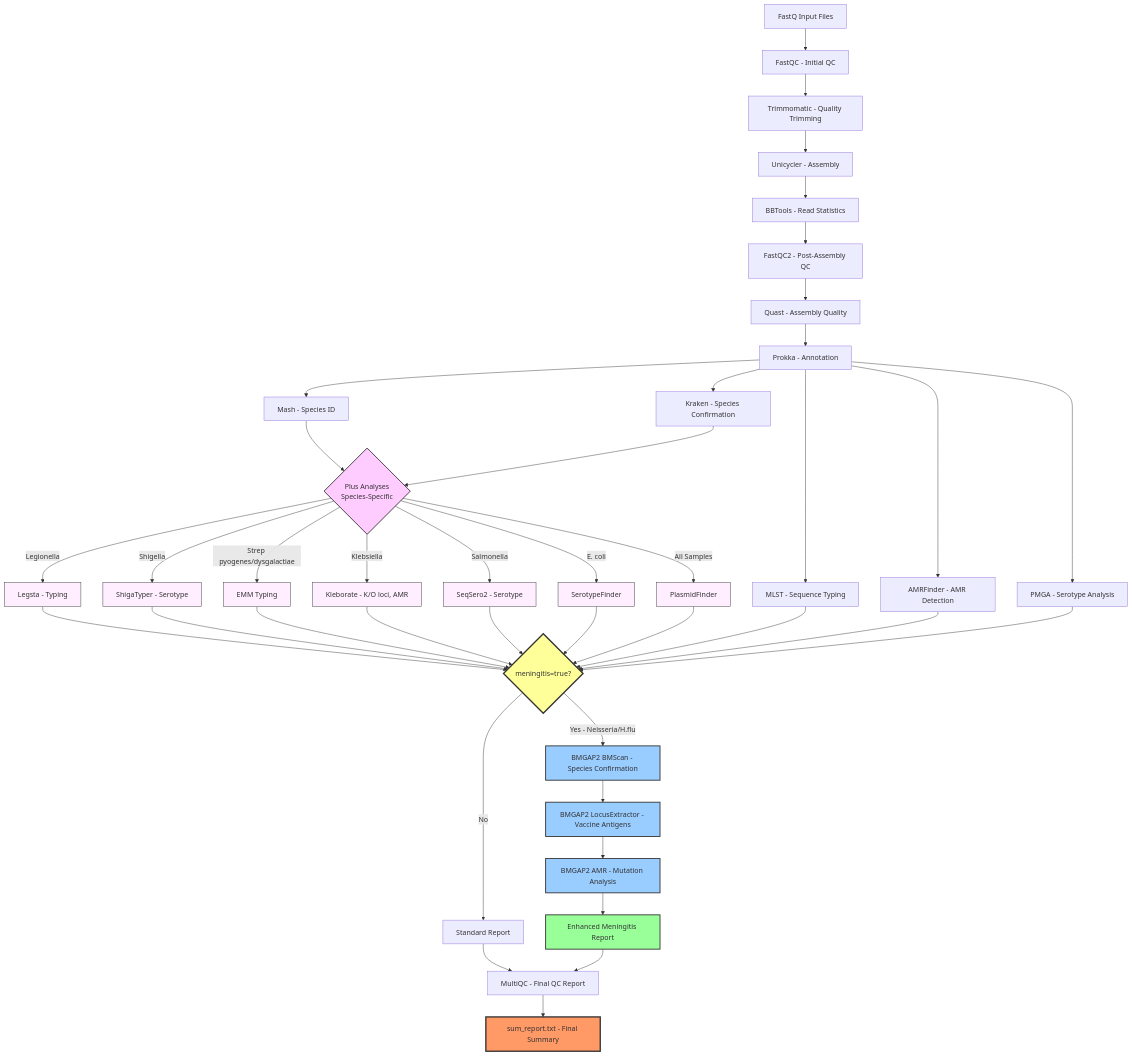
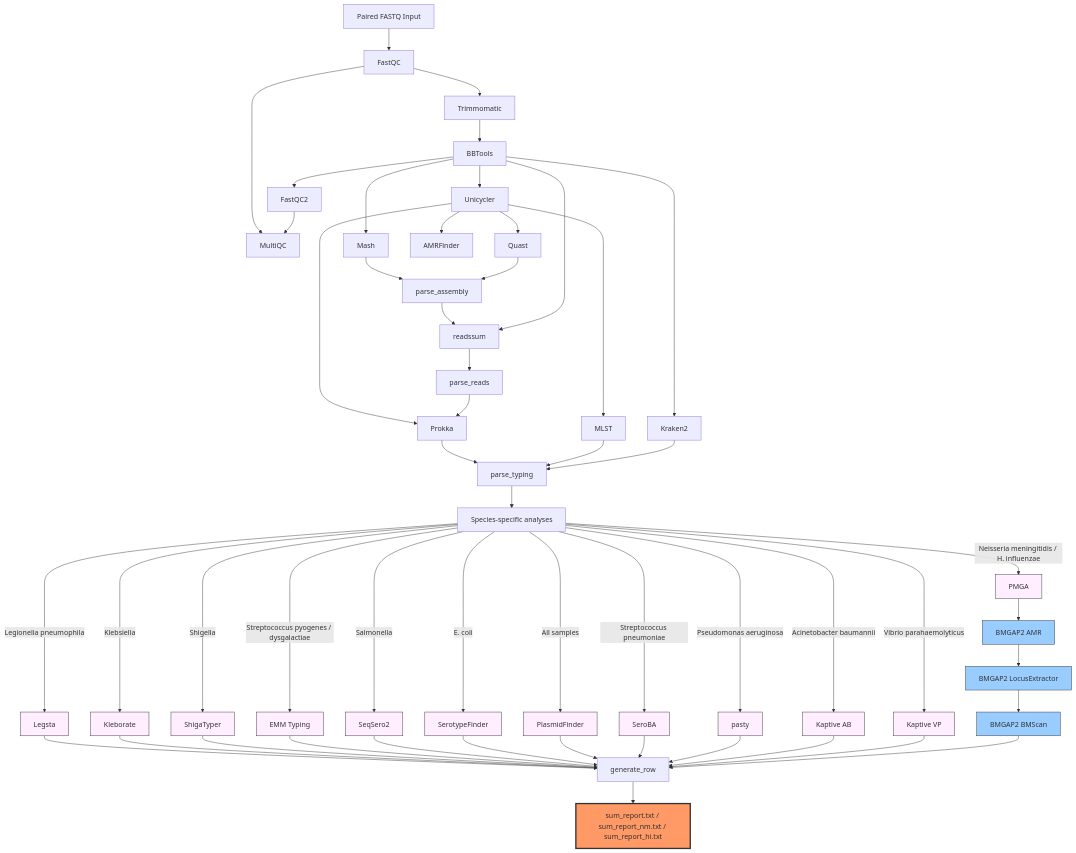
The diagram in README.md (BPHL-Molecular/Sanibel), drawn with Mermaid before and after one commit. The commit also changed other lines of this file and 58 other files, not shown here.

Commit message:
feat: v2.0.0 — DSL2 rewrite, new modules, container updates, BMGAP2 auto-detection

````diff
--- a/README.md
+++ b/README.md
@@ -15,68 +92,79 @@
 ```mermaid
 flowchart TD
-    A[FastQ Input Files] --> B[FastQC - Initial QC]
-    B --> C[Trimmomatic - Quality Trimming]
-    C --> D[Unicycler - Assembly]
-    D --> E[BBTools - Read Statistics]
-    E --> F[FastQC2 - Post-Assembly QC]
-    F --> G[Quast - Assembly Quality]
-    G --> H[Prokka - Annotation]
-    
-    H --> I[Mash - Species ID]
-    H --> J[Kraken - Species Confirmation]
-    H --> K[MLST - Sequence Typing]
-    H --> L[AMRFinder - AMR Detection]
-    H --> M[PMGA - Serotype Analysis]
-    
-    I --> PA{Plus Analyses<br/>Species-Specific}
-    J --> PA
-    
-    PA -->|Legionella| PA1[Legsta - Typing]
-    PA -->|Shigella| PA2[ShigaTyper - Serotype]
-    PA -->|Strep pyogenes/dysgalactiae| PA3[EMM Typing]
-    PA -->|Klebsiella| PA4[Kleborate - K/O loci, AMR]
-    PA -->|Salmonella| PA5[SeqSero2 - Serotype]
-    PA -->|E. coli| PA6[SerotypeFinder]
-    PA -->|All Samples| PA7[PlasmidFinder]
-    
-    PA1 --> N
-    PA2 --> N
-    PA3 --> N
-    PA4 --> N
-    PA5 --> N
-    PA6 --> N
-    PA7 --> N
-    K --> N
-    L --> N
-    M --> N
-    
-    N{meningitis=true?}
-    
-    N -->|No| O[Standard Report]
-    N -->|Yes - Neisseria/H.flu| P[BMGAP2 BMScan - Species Confirmation]
-    
-    P --> Q[BMGAP2 LocusExtractor - Vaccine Antigens]
-    Q --> S[BMGAP2 AMR - Mutation Analysis]
-    
-    S --> T[Enhanced Meningitis Report]
-    
-    O --> U[MultiQC - Final QC Report]
-    T --> U
-    
-    U --> V[sum_report.txt - Final Summary]
-    
-    style N fill:#ff9,stroke:#333,stroke-width:3px
-    style PA fill:#fcf,stroke:#333,stroke-width:2px
-    style PA1 fill:#fef,stroke:#333,stroke-width:1px
-    style PA2 fill:#fef,stroke:#333,stroke-width:1px
-    style PA3 fill:#fef,stroke:#333,stroke-width:1px
-    style PA4 fill:#fef,stroke:#333,stroke-width:1px
-    style PA5 fill:#fef,stroke:#333,stroke-width:1px
-    style PA6 fill:#fef,stroke:#333,stroke-width:1px
-    style PA7 fill:#fef,stroke:#333,stroke-width:1px
-    style P fill:#9cf,stroke:#333,stroke-width:2px
-    style Q fill:#9cf,stroke:#333,stroke-width:2px
-    style S fill:#9cf,stroke:#333,stroke-width:2px
-    style T fill:#9f9,stroke:#333,stroke-width:2px
-    style V fill:#f96,stroke:#333,stroke-width:3px
+    A[Paired FASTQ Input] --> B[FastQC]
+    B --> C[Trimmomatic]
+    C --> D[BBTools]
+    D --> E[FastQC2]
+    B --> F[MultiQC]
+    E --> F
+
+    D --> G[Mash]
+    D --> H[Unicycler]
+    D --> I[Kraken2]
+
+    H --> J[Quast]
+    H --> K[AMRFinder]
+    H --> L[MLST]
+    H --> M[Prokka]
+
+    G --> O[parse_assembly]
+    J --> O
+    O --> P[readssum]
+    D --> P
+    P --> Q[parse_reads]
+    Q --> M
+
+    M --> R[parse_typing]
+    L --> R
+    I --> R
+
+    R --> V[Species-specific analyses]
+
+    V -->|Legionella pneumophila| V1[Legsta]
+    V -->|Klebsiella| V2[Kleborate]
+    V -->|Shigella| V3[ShigaTyper]
+    V -->|Streptococcus pyogenes / dysgalactiae| V4[EMM Typing]
+    V -->|Salmonella| V5[SeqSero2]
+    V -->|E. coli| V6[SerotypeFinder]
+    V -->|All samples| V7[PlasmidFinder]
+    V -->|Streptococcus pneumoniae| V8[SeroBA]
+    V -->|Pseudomonas aeruginosa| V9[pasty]
+    V -->|Acinetobacter baumannii| V10[Kaptive AB]
+    V -->|Vibrio parahaemolyticus| V11[Kaptive VP]
+    V -->|Neisseria meningitidis / H. influenzae| V12[PMGA]
+    V12 --> S[BMGAP2 AMR]
+    S --> T[BMGAP2 LocusExtractor]
+    T --> U[BMGAP2 BMScan]
+
+    V1 --> W[generate_row]
+    V2 --> W
+    V3 --> W
+    V4 --> W
+    V5 --> W
+    V6 --> W
+    V7 --> W
+    V8 --> W
+    V9 --> W
+    V10 --> W
+    V11 --> W
+    U --> W
+
+    W --> X[sum_report.txt / sum_report_nm.txt / sum_report_hi.txt]
+
+    style S fill:#9cf,stroke:#333
+    style T fill:#9cf,stroke:#333
+    style U fill:#9cf,stroke:#333
+    style V1 fill:#fef,stroke:#333
+    style V2 fill:#fef,stroke:#333
+    style V3 fill:#fef,stroke:#333
+    style V4 fill:#fef,stroke:#333
+    style V5 fill:#fef,stroke:#333
+    style V6 fill:#fef,stroke:#333
+    style V7 fill:#fef,stroke:#333
+    style V8 fill:#fef,stroke:#333
+    style V9 fill:#fef,stroke:#333
+    style V10 fill:#fef,stroke:#333
+    style V11 fill:#fef,stroke:#333
+    style V12 fill:#fef,stroke:#333
+    style X fill:#f96,stroke:#333,stroke-width:3px
 ```
````
